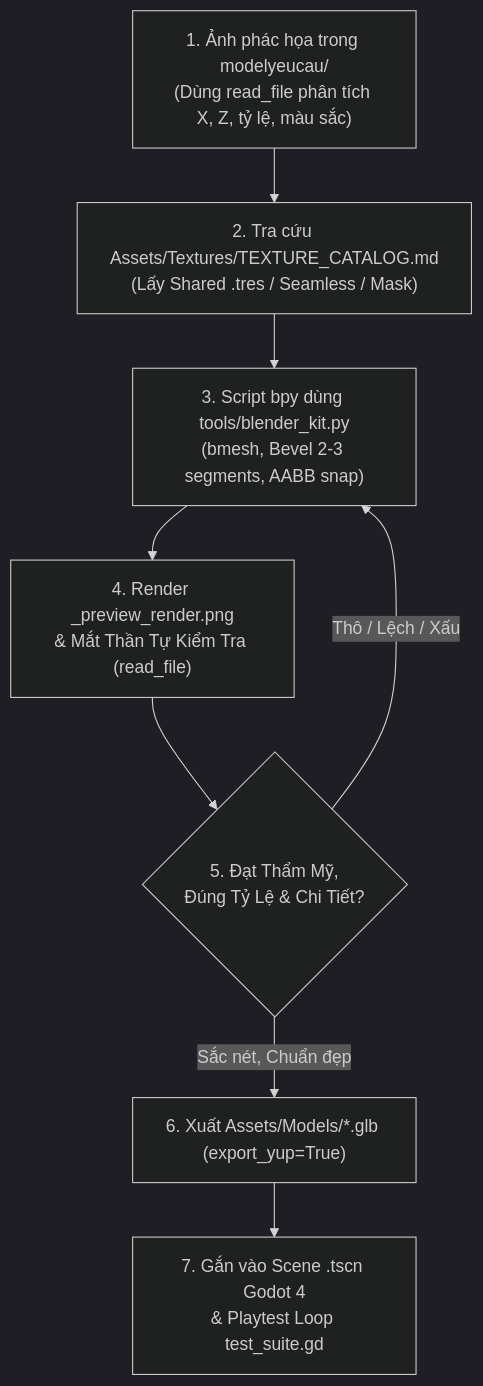
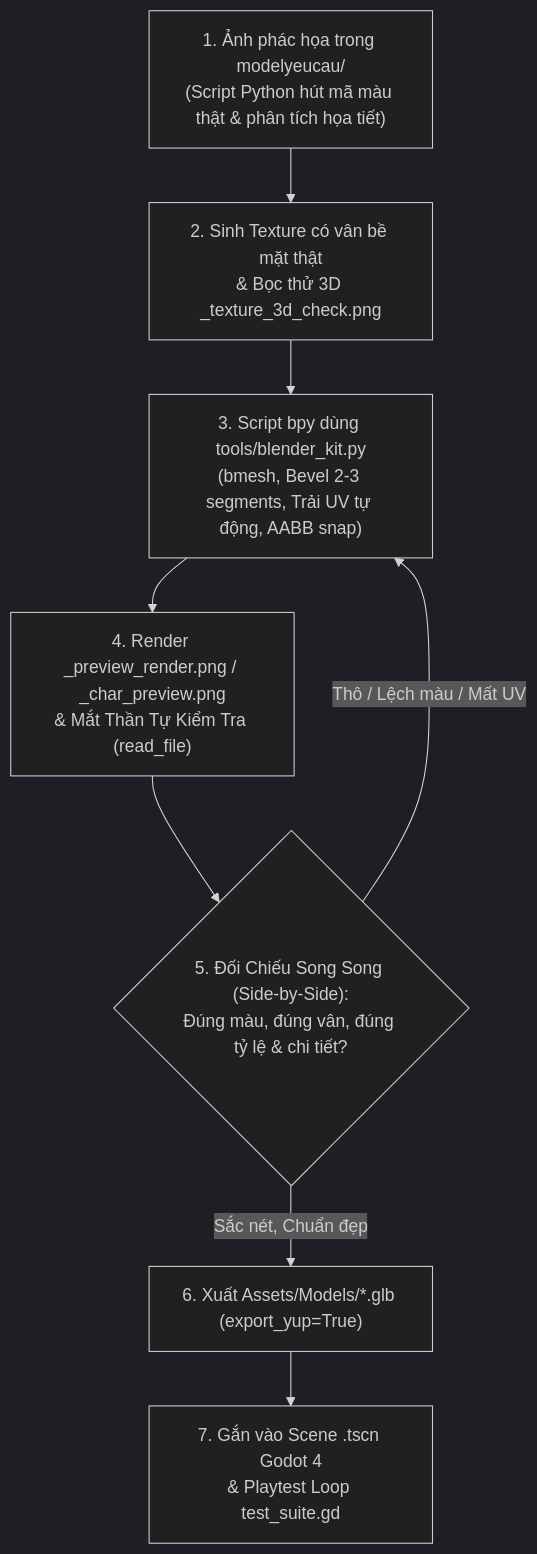
The third of 3 diagrams in AGENTS.md (namsoaica/gamexnhau), drawn with Mermaid (dark theme) before and after one commit. The commit also changed other lines of this file and 5 other files, not shown here.

Commit message:
feat: establish texture sampling, mandatory UV unwrapping, 3D material check, side-by-side visual diff and character rigging pipeline

````diff
--- a/AGENTS.md
+++ b/AGENTS.md
@@ -47,10 +47,10 @@
 ```mermaid
 flowchart TD
-    UserSketch["1. Ảnh phác họa trong modelyeucau/<br>(Dùng read_file phân tích X, Z, tỷ lệ, màu sắc)"] --> TexArch["2. Tra cứu Assets/Textures/TEXTURE_CATALOG.md<br>(Lấy Shared .tres / Seamless / Mask)"]
-    TexArch --> BlenderScript["3. Script bpy dùng tools/blender_kit.py<br>(bmesh, Bevel 2-3 segments, AABB snap)"]
-    BlenderScript --> EyeRender["4. Render _preview_render.png<br>& Mắt Thần Tự Kiểm Tra (read_file)"]
-    EyeRender --> Quality{"5. Đạt Thẩm Mỹ,<br>Đúng Tỷ Lệ & Chi Tiết?"}
-    Quality -- "Thô / Lệch / Xấu" --> BlenderScript
+    UserSketch["1. Ảnh phác họa trong modelyeucau/<br>(Script Python hút mã màu thật & phân tích họa tiết)"] --> TexArch["2. Sinh Texture có vân bề mặt thật<br>& Bọc thử 3D _texture_3d_check.png"]
+    TexArch --> BlenderScript["3. Script bpy dùng tools/blender_kit.py<br>(bmesh, Bevel 2-3 segments, Trải UV tự động, AABB snap)"]
+    BlenderScript --> EyeRender["4. Render _preview_render.png / _char_preview.png<br>& Mắt Thần Tự Kiểm Tra (read_file)"]
+    EyeRender --> Quality{"5. Đối Chiếu Song Song (Side-by-Side):<br>Đúng màu, đúng vân, đúng tỷ lệ & chi tiết?"}
+    Quality -- "Thô / Lệch màu / Mất UV" --> BlenderScript
     Quality -- "Sắc nét, Chuẩn đẹp" --> ExportGLB["6. Xuất Assets/Models/*.glb (export_yup=True)"]
     ExportGLB --> GodotScene["7. Gắn vào Scene .tscn Godot 4<br>& Playtest Loop test_suite.gd"]
 ```
````
